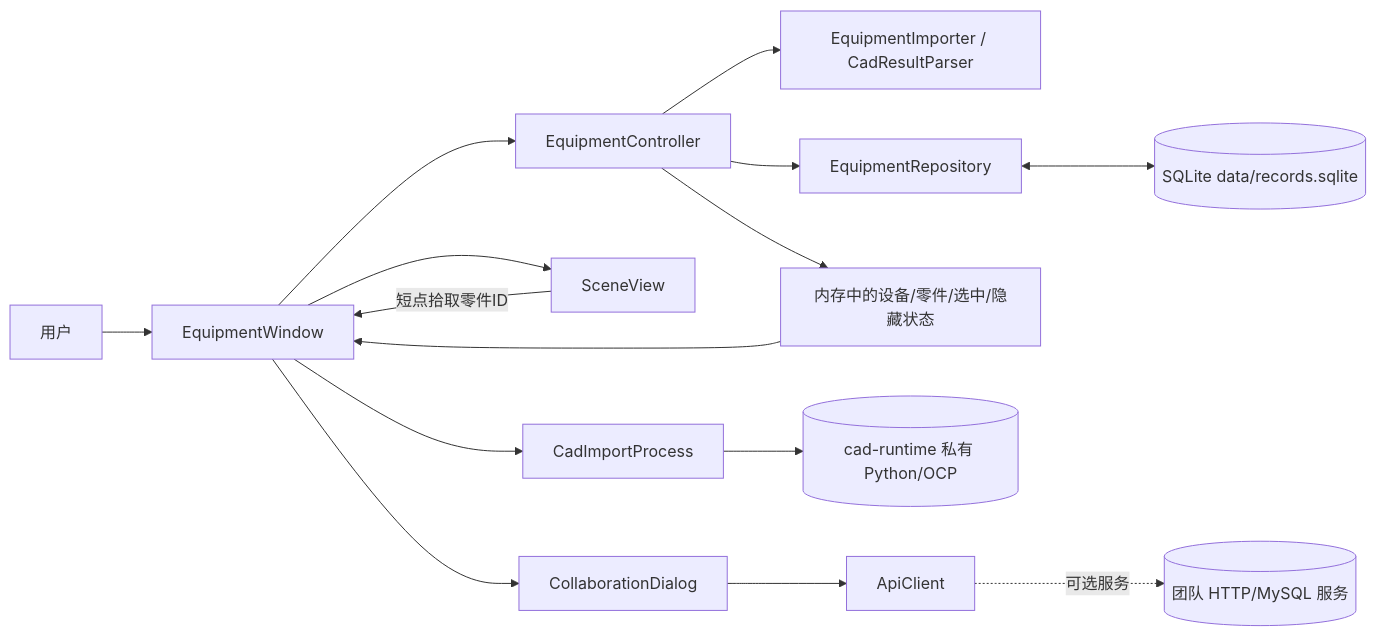
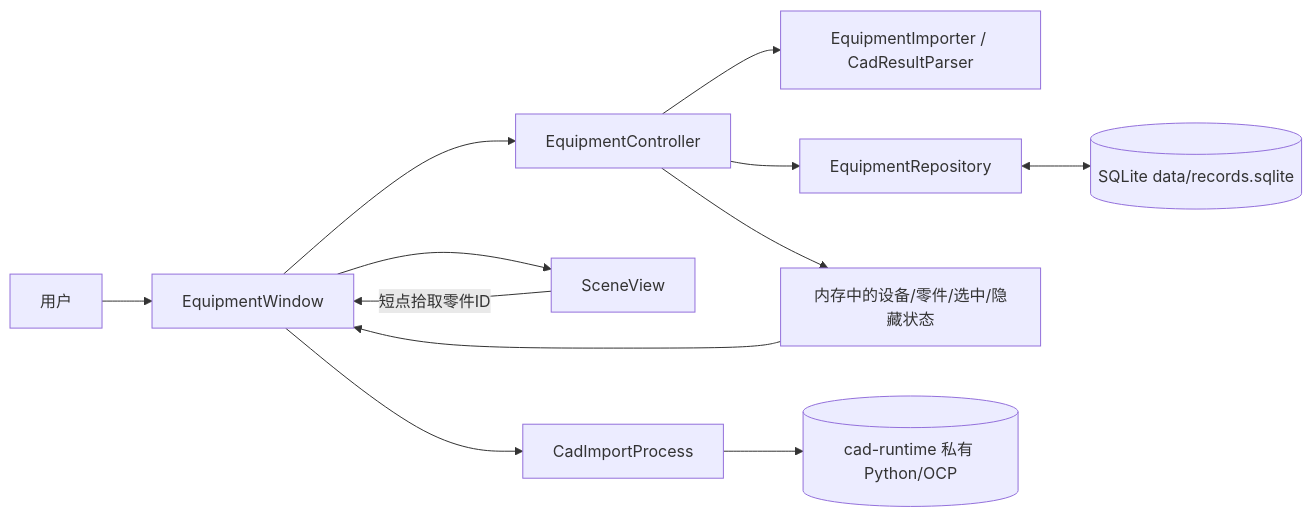
The diagram in refactor/docs/package/02-技术说明.md (GreenLoong/equipment-viewer), drawn with Mermaid before and after one commit. The commit also changed other lines of this file and 57 other files, not shown here.

````diff
--- a/refactor/docs/package/02-技术说明.md
+++ b/refactor/docs/package/02-技术说明.md
@@ -57,17 +56,14 @@
 ```mermaid
 flowchart LR
     User[用户] --> Window[EquipmentWindow]
     Window --> Controller[EquipmentController]
     Controller --> Importer[EquipmentImporter / CadResultParser]
     Controller --> Repository[EquipmentRepository]
     Repository <--> Database[(SQLite data/records.sqlite)]
     Controller --> State[内存中的设备/零件/选中/隐藏状态]
     State --> Window
     Window --> Scene[SceneView]
     Scene -->|短点拾取零件ID| Window
     Window --> CadProcess[CadImportProcess]
     CadProcess --> CadRuntime[(cad-runtime 私有 Python/OCP)]
-    Window --> Dialog[CollaborationDialog]
-    Dialog --> ApiClient[ApiClient]
-    ApiClient -.可选服务.-> Team[(团队 HTTP/MySQL 服务)]
 ```
````
